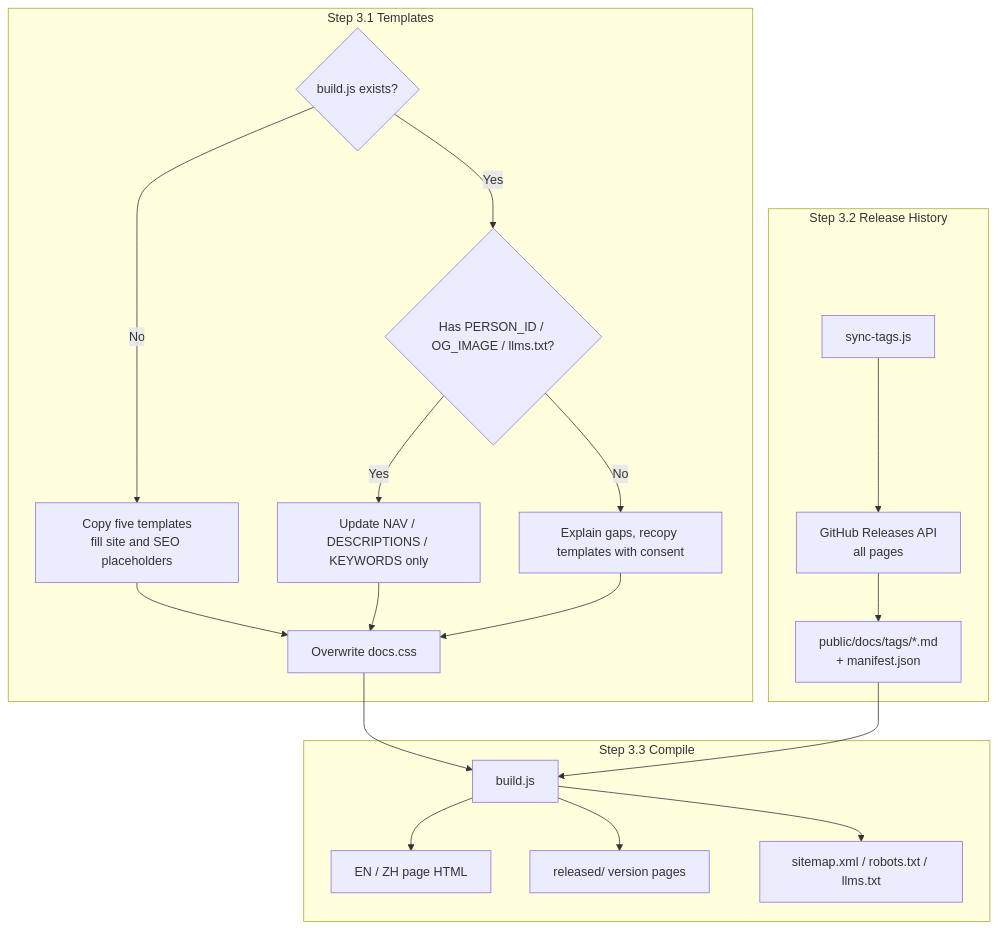
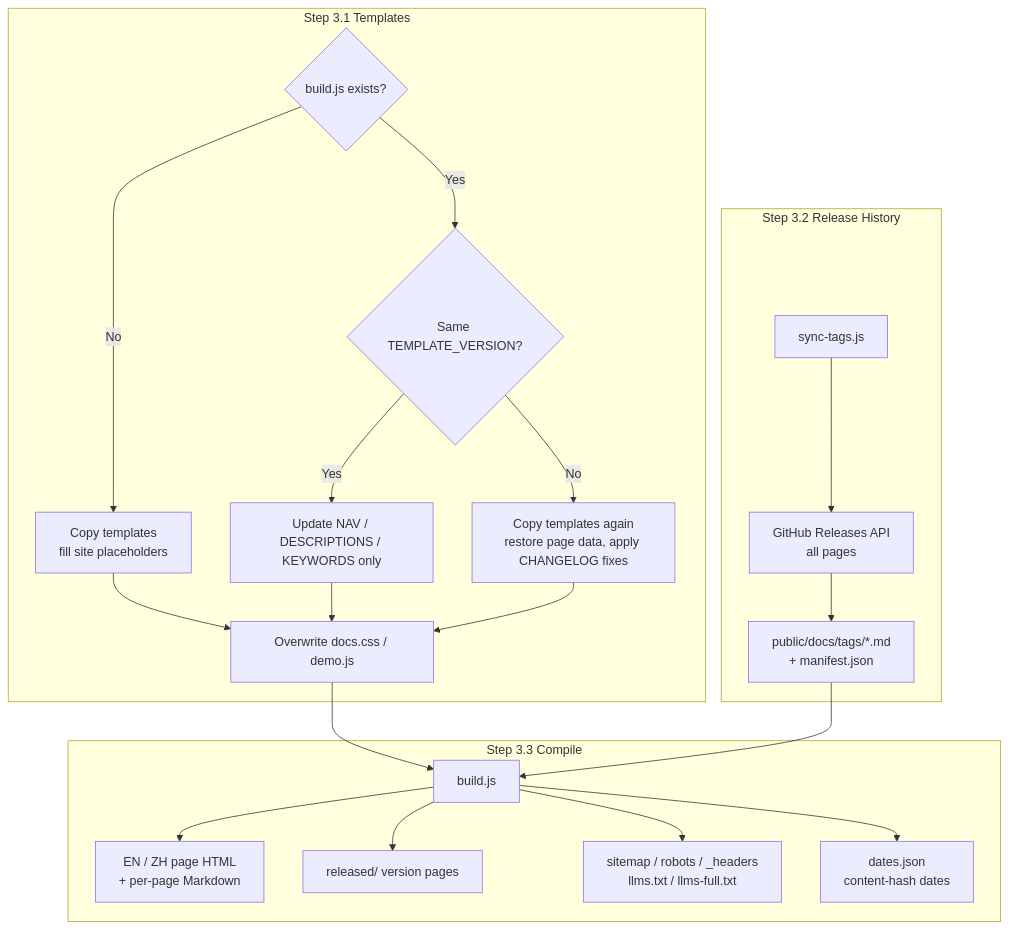
The sixth of 9 diagrams in doc/architecture.md (agenvoy/skill-wiki-generate), drawn with Mermaid before and after one commit. The commit also changed other lines of this file and 13 other files, not shown here.

````diff
--- a/doc/architecture.md
+++ b/doc/architecture.md
@@ -88,23 +110,24 @@
 ```mermaid
 graph TB
     subgraph Scaffold[Step 3.1 Templates]
-        S1{build.js exists?} -->|No| S2[Copy five templates<br/>fill site and SEO placeholders]
-        S1 -->|Yes| S3{Has PERSON_ID / OG_IMAGE / llms.txt?}
+        S1{build.js exists?} -->|No| S2[Copy templates<br/>fill site placeholders]
+        S1 -->|Yes| S3{Same TEMPLATE_VERSION?}
         S3 -->|Yes| S4[Update NAV / DESCRIPTIONS / KEYWORDS only]
-        S3 -->|No| S5[Explain gaps, recopy templates with consent]
-        S2 --> S6[Overwrite docs.css]
+        S3 -->|No| S5[Copy templates again<br/>restore page data, apply CHANGELOG fixes]
+        S2 --> S6[Overwrite docs.css / demo.js]
         S4 --> S6
         S5 --> S6
     end
     subgraph Release[Step 3.2 Release History]
         R1[sync-tags.js] --> R2[GitHub Releases API<br/>all pages]
         R2 --> R3[public/docs/tags/*.md<br/>+ manifest.json]
     end
     subgraph Compile[Step 3.3 Compile]
-        B1[build.js] --> B2[EN / ZH page HTML]
+        B1[build.js] --> B2[EN / ZH page HTML<br/>+ per-page Markdown]
         B1 --> B3[released/ version pages]
-        B1 --> B4[sitemap.xml / robots.txt / llms.txt]
+        B1 --> B4[sitemap / robots / _headers<br/>llms.txt / llms-full.txt]
+        B1 --> B5[dates.json<br/>content-hash dates]
     end
     S6 --> B1
     R3 --> B1
 ```
````
